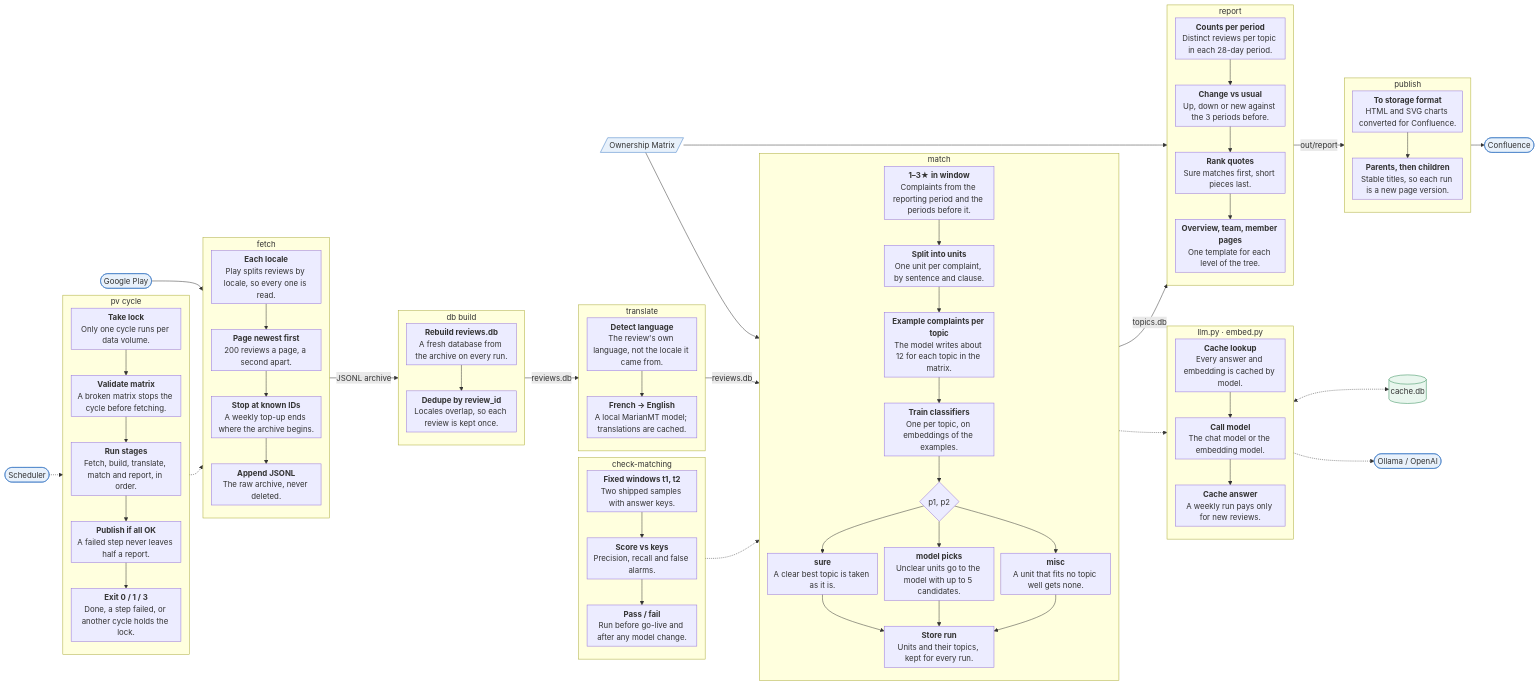
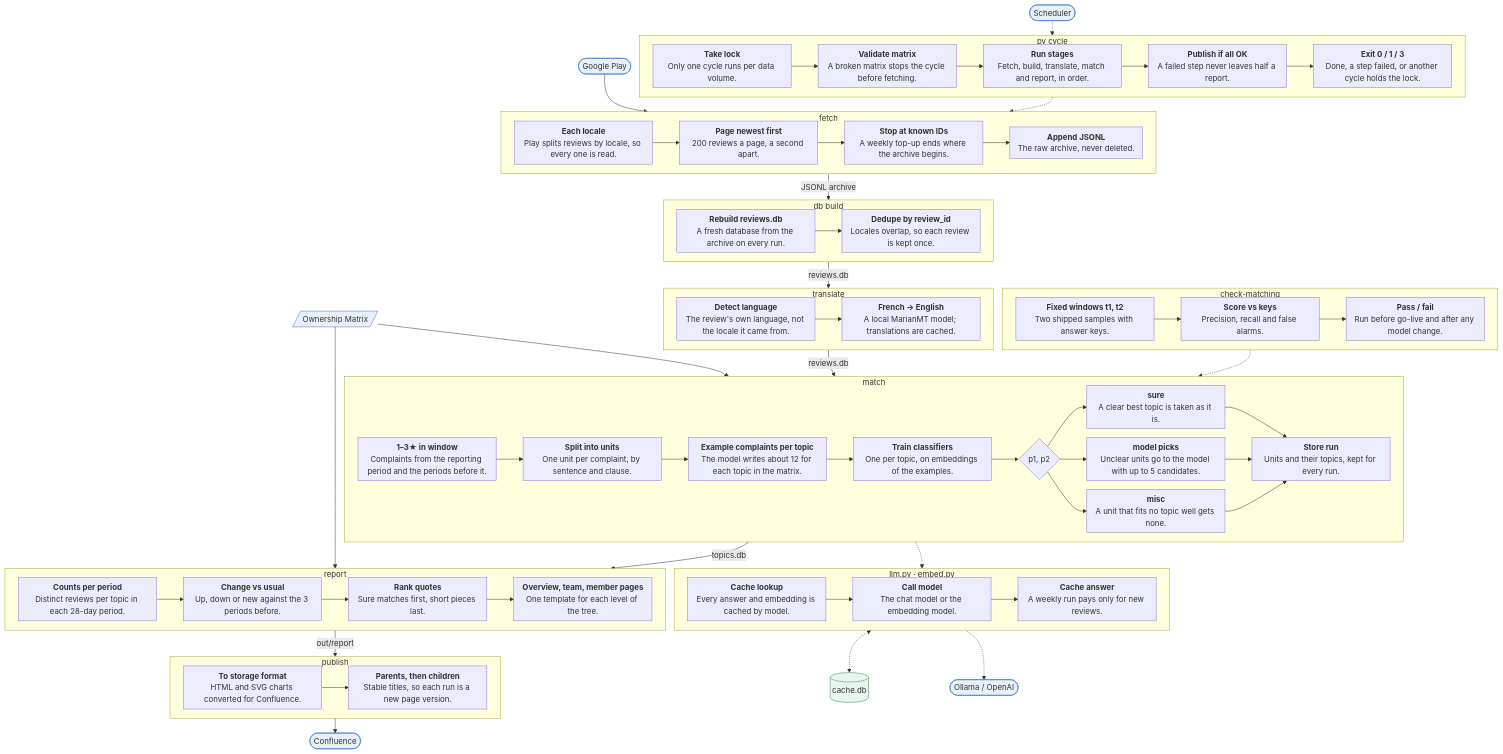
Before and after one commit to Builderbot2000/product-view: the first of 2 diagrams in docs/architecture.md, drawn with Mermaid. The commit also changed other lines of this file and 1 other file, not shown here.

Commit message:
Architecture page: matching headings and layout for both diagrams
Each diagram gets its own same-level heading, both use the same spacing
and box width, and the system diagram runs top to bottom so it renders
at about the same width and text size as the journey diagram.

````diff
--- a/docs/architecture.md
+++ b/docs/architecture.md
@@ -6,13 +10,13 @@
 ```mermaid
-%%{init: {"flowchart": {"nodeSpacing": 14, "rankSpacing": 28, "padding": 6}} }%%
-flowchart LR
+%%{init: {"flowchart": {"nodeSpacing": 18, "rankSpacing": 30, "padding": 8, "wrappingWidth": 250}} }%%
+flowchart TB
     SCHED([Scheduler]) -.-> CYCLE
     PLAY([Google Play]) --> INGEST
     MX[/Ownership Matrix/] --> MATCH
     MX --> REPORT
 
     subgraph CYCLE["pv cycle"]
-        direction TB
+        direction LR
         C1["`**Take lock**
 Only one cycle runs per data volume.`"] --> C2["`**Validate matrix**
 A broken matrix stops the cycle before fetching.`"] --> C3["`**Run stages**
@@ -22,7 +26,7 @@
     end
 
     subgraph INGEST["fetch"]
-        direction TB
+        direction LR
         I1["`**Each locale**
 Play splits reviews by locale, so every one is read.`"] --> I2["`**Page newest first**
 200 reviews a page, a second apart.`"] --> I3["`**Stop at known IDs**
@@ -31,21 +35,21 @@
     end
 
     subgraph PREP["db build"]
-        direction TB
+        direction LR
         P1["`**Rebuild reviews.db**
 A fresh database from the archive on every run.`"] --> P2["`**Dedupe by review_id**
 Locales overlap, so each review is kept once.`"]
     end
 
     subgraph LANG["translate"]
-        direction TB
+        direction LR
         L1["`**Detect language**
 The review's own language, not the locale it came from.`"] --> L2["`**French → English**
 A local MarianMT model; translations are cached.`"]
     end
 
     subgraph MATCH["match"]
-        direction TB
+        direction LR
         M1["`**1–3★ in window**
 Complaints from the reporting period and the periods before it.`"] --> M2["`**Split into units**
 One unit per complaint, by sentence and clause.`"] --> M3["`**Example complaints per topic**
@@ -60,7 +64,7 @@
     end
 
     subgraph REPORT["report"]
-        direction TB
+        direction LR
         R1["`**Counts per period**
 Distinct reviews per topic in each 28-day period.`"] --> R2["`**Change vs usual**
 Up, down or new against the 3 periods before.`"] --> R3["`**Rank quotes**
@@ -69,14 +73,14 @@
     end
 
     subgraph PUB["publish"]
-        direction TB
+        direction LR
         U1["`**To storage format**
 HTML and SVG charts converted for Confluence.`"] --> U2["`**Parents, then children**
 Stable titles, so each run is a new page version.`"]
     end
 
     subgraph MODEL["llm.py · embed.py"]
-        direction TB
+        direction LR
         Q1["`**Cache lookup**
 Every answer and embedding is cached by model.`"] --> Q2["`**Call model**
 The chat model or the embedding model.`"] --> Q3["`**Cache answer**
@@ -84,7 +88,7 @@
     end
 
     subgraph CHECK["check-matching"]
-        direction TB
+        direction LR
         K1["`**Fixed windows t1, t2**
 Two shipped samples with answer keys.`"] --> K2["`**Score vs keys**
 Precision, recall and false alarms.`"] --> K3["`**Pass / fail**
````
